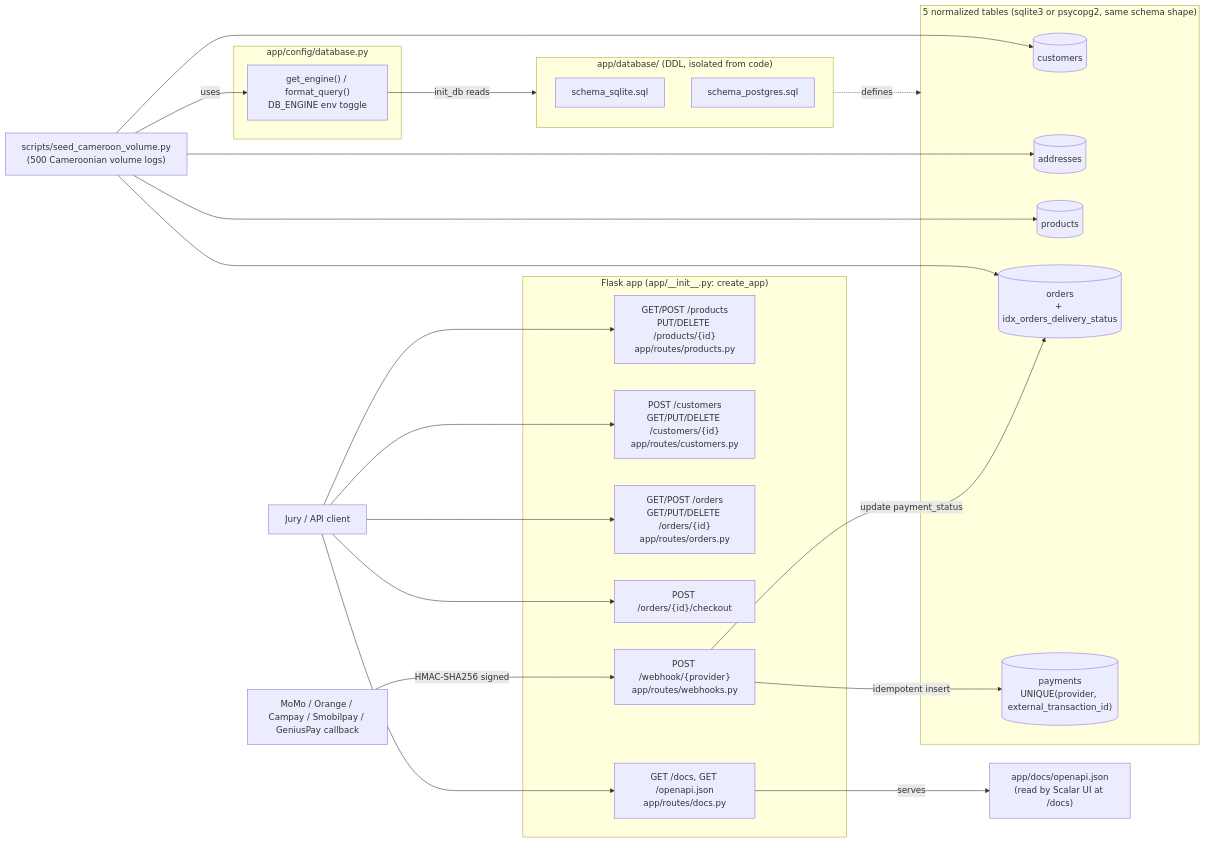
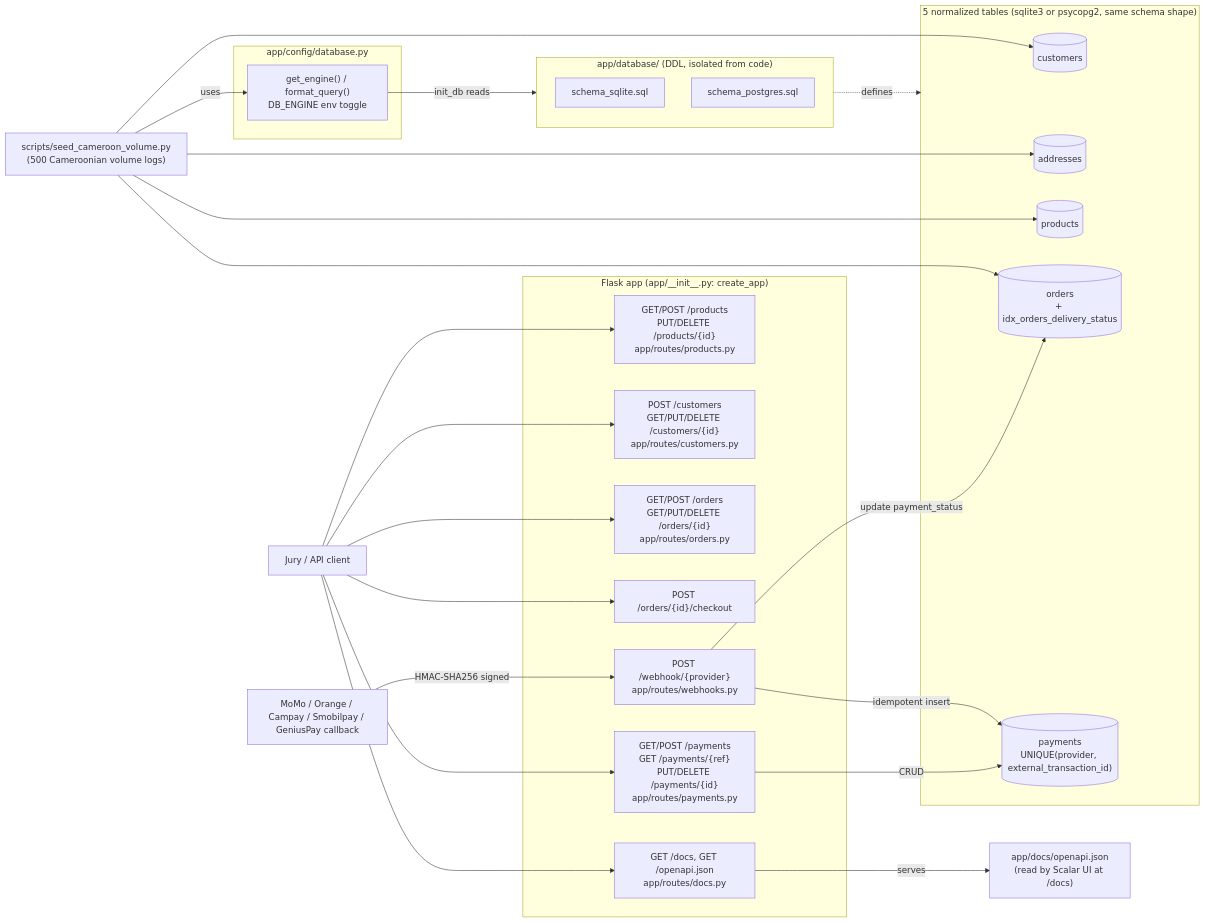
The diagram in README.md (fokouarnaud/antcode-commando), drawn with Mermaid before and after one commit. The commit also changed other lines of this file and 6 other files, not shown here.

````diff
--- a/README.md
+++ b/README.md
@@ -13,45 +13,47 @@
 ```mermaid
 flowchart LR
     SEED["scripts/seed_cameroon_volume.py\n(500 Cameroonian volume logs)"]
 
     subgraph CFG["app/config/database.py"]
         ENGINE["get_engine() / format_query()\nDB_ENGINE env toggle"]
     end
 
     subgraph SCHEMA["app/database/ (DDL, isolated from code)"]
         SQLITE_SQL["schema_sqlite.sql"]
         PG_SQL["schema_postgres.sql"]
     end
 
     subgraph DB["5 normalized tables (sqlite3 or psycopg2, same schema shape)"]
         CUST[("customers")]
         ADDR[("addresses")]
         PROD[("products")]
         ORD[("orders\n+ idx_orders_delivery_status")]
         PAY[("payments\nUNIQUE(provider, external_transaction_id)")]
     end
 
     subgraph API["Flask app (app/__init__.py: create_app)"]
         PROD_R["GET/POST /products\nPUT/DELETE /products/{id}\napp/routes/products.py"]
         CUST_R["POST /customers\nGET/PUT/DELETE /customers/{id}\napp/routes/customers.py"]
         ORD_R["GET/POST /orders\nGET/PUT/DELETE /orders/{id}\napp/routes/orders.py"]
         CHECKOUT_R["POST /orders/{id}/checkout"]
+        PAY_R["GET/POST /payments\nGET /payments/{ref}\nPUT/DELETE /payments/{id}\napp/routes/payments.py"]
         HOOK_R["POST /webhook/{provider}\napp/routes/webhooks.py"]
         DOCS_R["GET /docs, GET /openapi.json\napp/routes/docs.py"]
     end
 
     DOCS_SPEC["app/docs/openapi.json\n(read by Scalar UI at /docs)"]
 
     PROVIDER["MoMo / Orange / Campay / Smobilpay / GeniusPay callback"]
     JURY["Jury / API client"]
 
     SEED -->|uses| ENGINE
     ENGINE -->|init_db reads| SCHEMA
     SCHEMA -.->|defines| DB
     SEED --> CUST & ADDR & PROD & ORD
     PROVIDER -->|HMAC-SHA256 signed| HOOK_R
     HOOK_R -->|idempotent insert| PAY
     HOOK_R -->|update payment_status| ORD
-    JURY --> PROD_R & CUST_R & ORD_R & CHECKOUT_R & DOCS_R
+    PAY_R -->|CRUD| PAY
+    JURY --> PROD_R & CUST_R & ORD_R & CHECKOUT_R & PAY_R & DOCS_R
     DOCS_R -->|serves| DOCS_SPEC
 ```
````
